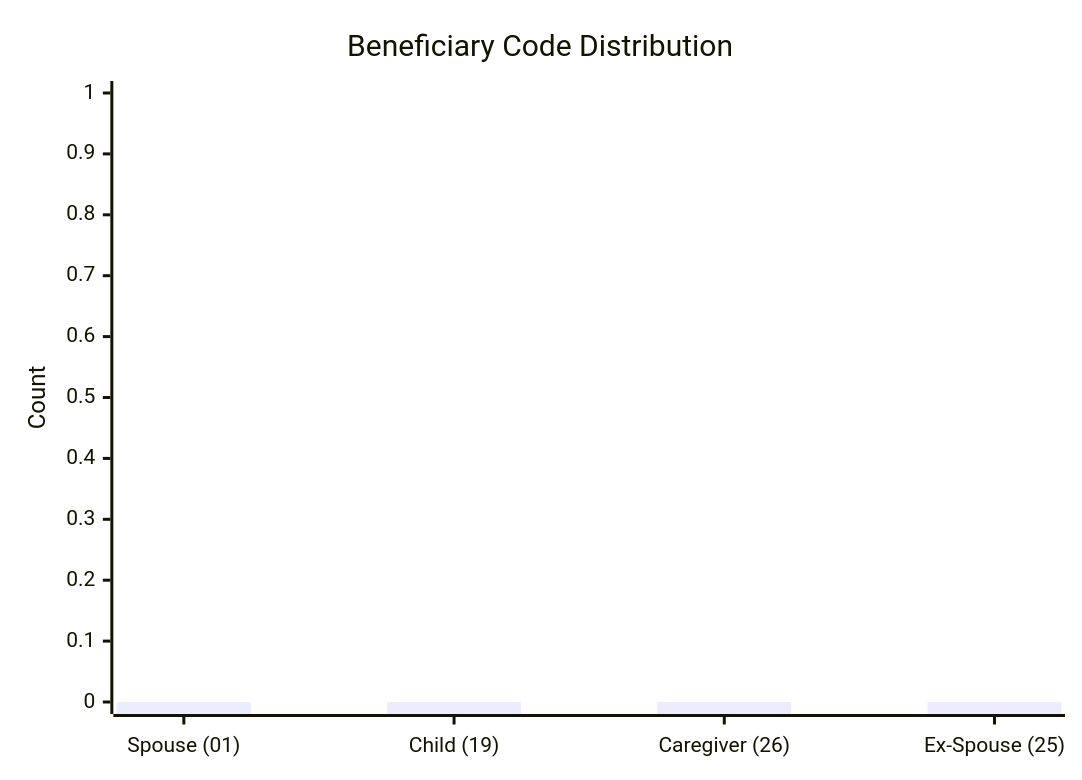
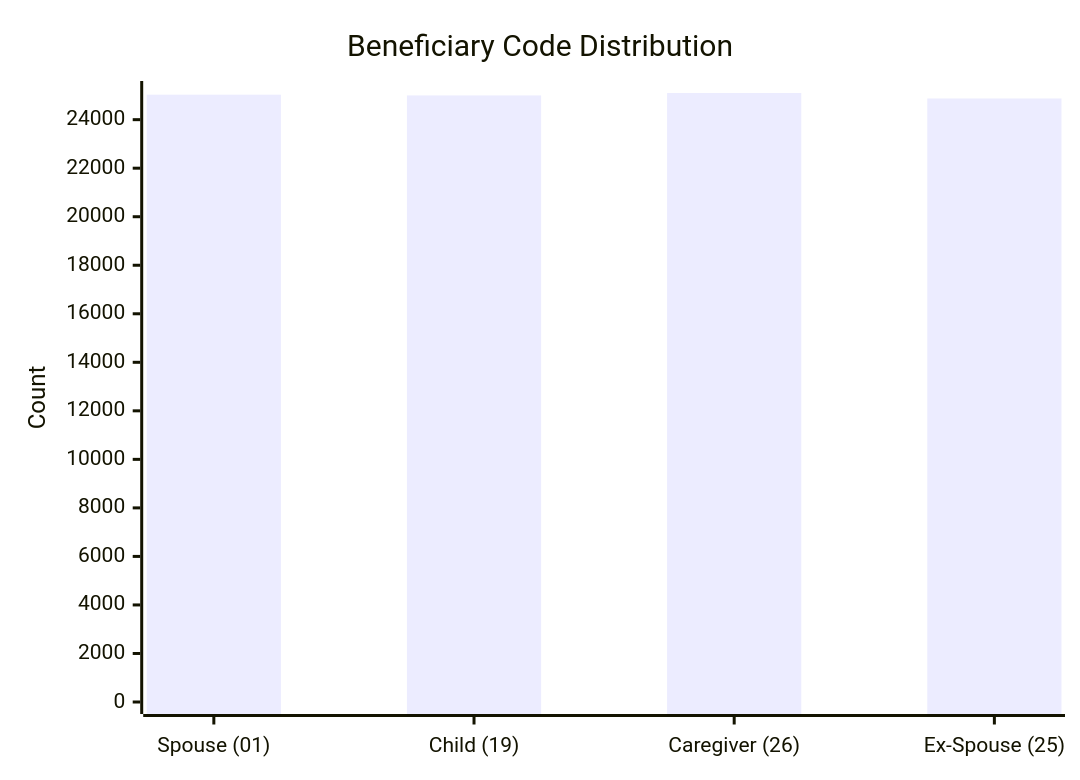
The seventh of 10 diagrams in test-tools/DataGen/src/Statistics_Visualizer.md (dhagan-va/intern-2025), drawn with Mermaid before and after one commit. The commit also changed other lines of this file and 2 other files, not shown here.

Commit message:
update to 270 message count

````diff
--- a/test-tools/DataGen/src/Statistics_Visualizer.md
+++ b/test-tools/DataGen/src/Statistics_Visualizer.md
@@ -79,7 +79,7 @@
 ```mermaid
 xychart-beta
     title "Beneficiary Code Distribution"
     x-axis ["Spouse (01)", "Child (19)", "Caregiver (26)", "Ex-Spouse (25)"]
-    y-axis "Count" 0 --> 1
-    bar [0, 0, 0, 0]
+    y-axis "Count" 0 --> 25099
+    bar [25029, 24999, 25098, 24874]
 ```
````
